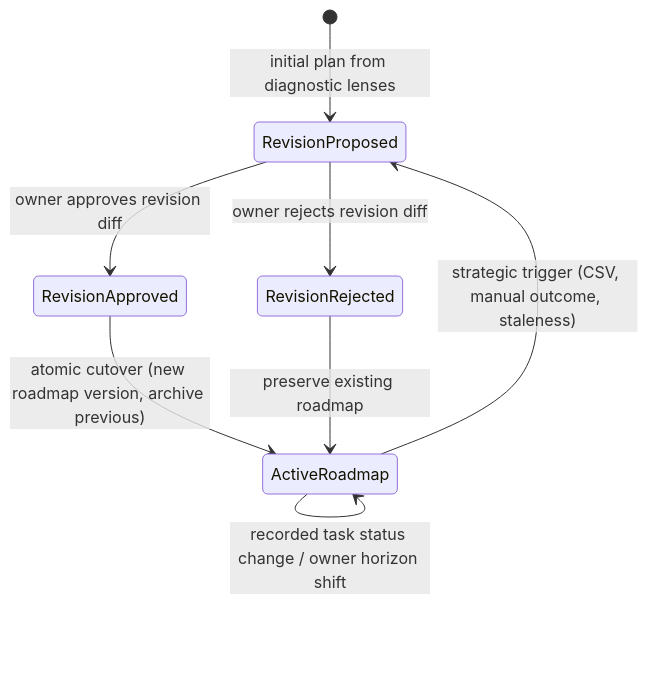
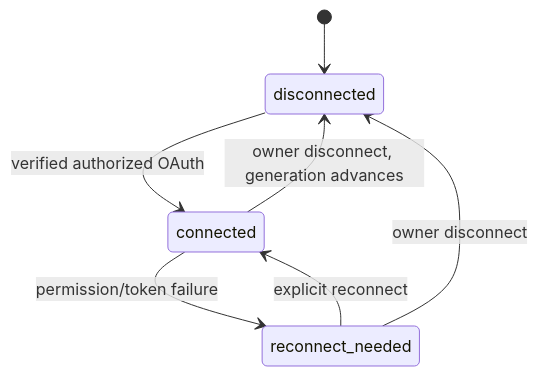
One commit to mohamed-hossam1/busmora-docs changed the tenth of 16 diagrams in core/SYSTEM-ARCHITECTURE.md. Above: the diagram before and after it, drawn with Mermaid. The commit also changed other lines of this file and 5 other files, not shown here.

Commit message:
docs(core): update PRD to v2.0 and align core technical designs, architecture, and design system

````diff
--- a/core/SYSTEM-ARCHITECTURE.md
+++ b/core/SYSTEM-ARCHITECTURE.md
@@ -347,10 +433,9 @@
 ```mermaid
 stateDiagram-v2
-  [*] --> RevisionProposed: initial plan from diagnostic lenses
-  ActiveRoadmap --> ActiveRoadmap: recorded task status change / owner horizon shift
-  ActiveRoadmap --> RevisionProposed: strategic trigger (CSV, manual outcome, staleness)
-  RevisionProposed --> RevisionApproved: owner approves revision diff
-  RevisionProposed --> RevisionRejected: owner rejects revision diff
-  RevisionApproved --> ActiveRoadmap: atomic cutover (new roadmap version, archive previous)
-  RevisionRejected --> ActiveRoadmap: preserve existing roadmap
+  [*] --> disconnected
+  disconnected --> connected: verified authorized OAuth
+  connected --> reconnect_needed: permission/token failure
+  connected --> disconnected: owner disconnect, generation advances
+  reconnect_needed --> connected: explicit reconnect
+  reconnect_needed --> disconnected: owner disconnect
 ```
````
